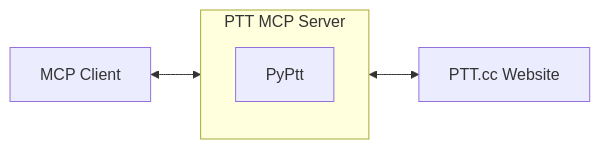
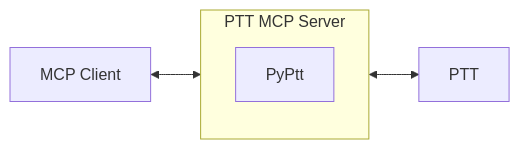
One commit to PyPtt/ptt_mcp_server changed the diagram in README_ENG.md. Above: the diagram before and after it, drawn with Mermaid. The commit also changed other lines of this file and 11 other files, not shown here.

````diff
--- a/README_ENG.md
+++ b/README_ENG.md
@@ -85,13 +84,13 @@
 ```mermaid
 graph LR
     A["MCP Client"]
 
     subgraph B ["PTT MCP Server"]
         D["PyPtt"]
     end
 
-    C["PTT.cc Website"]
+    C["PTT"]
 
     A <--> B
     B <--> C
 ```
````
